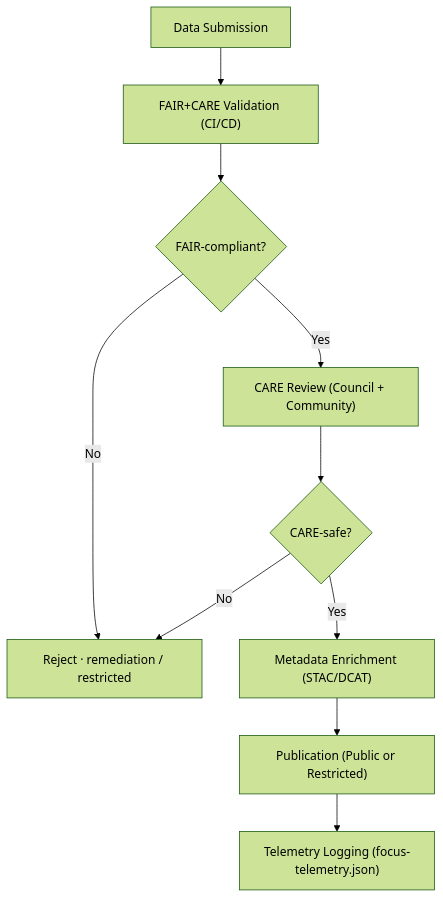
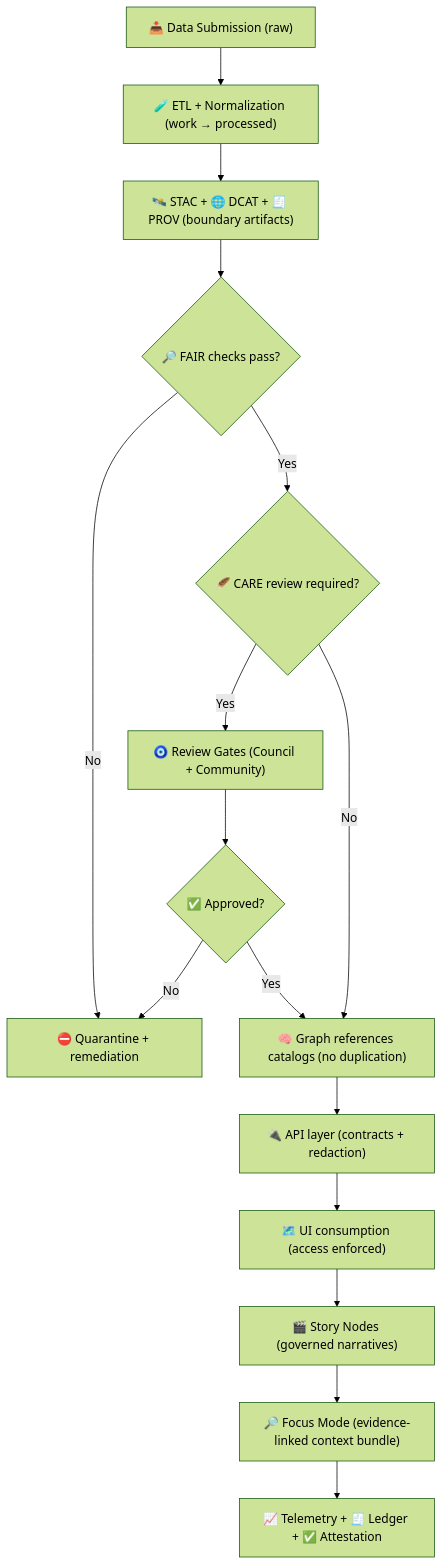
One commit to bartytime4life/Kansas-Frontier-Matrix changed the diagram in docs/standards/faircare.md. Above: the diagram before and after it, drawn with Mermaid (forest theme). The commit also changed other lines of this file, not shown here.

First line of the commit message:
Upgrade FAIR+CARE framework to version 13.0.0

```diff
--- a/docs/standards/faircare.md
+++ b/docs/standards/faircare.md
@@ -350,12 +466,18 @@
 ~~~mermaid
 flowchart TD
-  A["Data Submission"] --> B["FAIR+CARE Validation (CI/CD)"]
-  B --> C{"FAIR-compliant?"}
-  C -->|No| D["Reject · quarantine registry"]
-  C -->|Yes| E["CARE Review (Council + Community)"]
-  E --> F{"CARE-safe?"}
-  F -->|No| D["Reject · remediation / restricted"]
-  F -->|Yes| G["Metadata Enrichment (STAC/DCAT)"]
-  G --> H["Publication (Public or Restricted)"]
-  H --> I["Telemetry Logging (focus-telemetry.json)"]
+  A["📥 Data Submission (raw)"] --> B["🧪 ETL + Normalization (work → processed)"]
+  B --> C["🛰️ STAC + 🌐 DCAT + 🧾 PROV (boundary artifacts)"]
+  C --> D{"🔎 FAIR checks pass?"}
+  D -->|No| X["⛔ Quarantine + remediation"]
+  D -->|Yes| E{"🪶 CARE review required?"}
+  E -->|Yes| F["🧿 Review Gates (Council + Community)"]
+  F --> G{"✅ Approved?"}
+  G -->|No| X
+  G -->|Yes| H["🧠 Graph references catalogs (no duplication)"]
+  E -->|No| H
+  H --> I["🔌 API layer (contracts + redaction)"]
+  I --> J["🗺️ UI consumption (access enforced)"]
+  J --> K["🎬 Story Nodes (governed narratives)"]
+  K --> L["🔎 Focus Mode (evidence-linked context bundle)"]
+  L --> M["📈 Telemetry + 🧾 Ledger + ✅ Attestation"]
 ~~~
```
